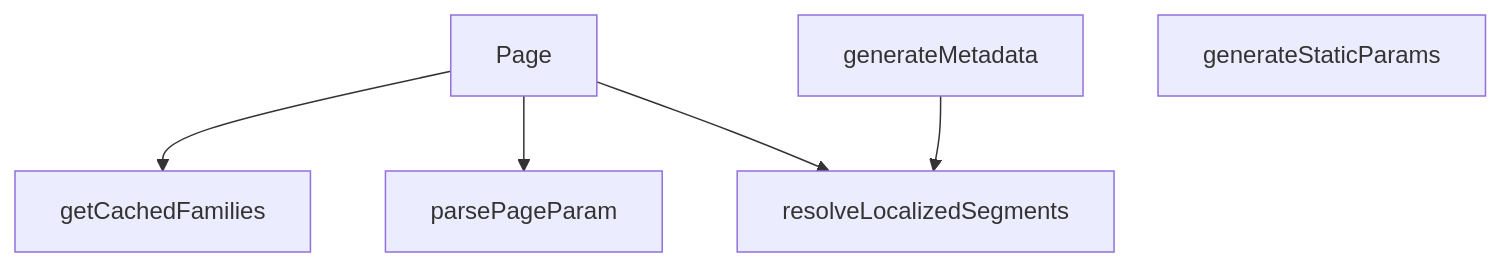
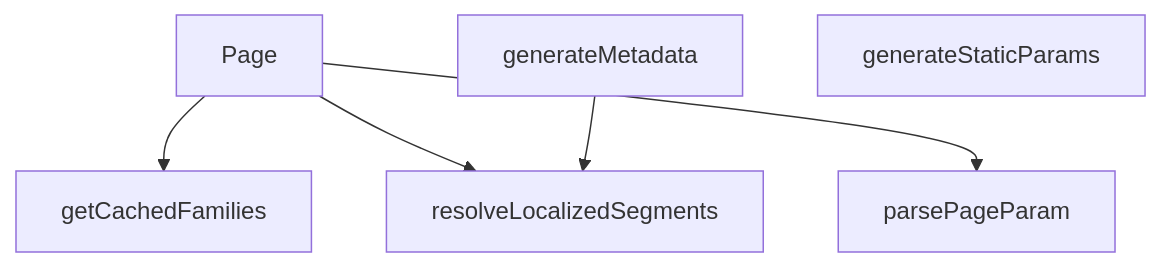
Before and after one commit to peckop/venthub-hvac-esite: the diagram in src/app/[lang]/category/[categorySlug]/[subCategorySlug]/page.md, drawn with Mermaid. The commit also changed other lines of this file and 134 other files, not shown here.

````diff
--- a/src/app/[lang]/category/[categorySlug]/[subCategorySlug]/page.md
+++ b/src/app/[lang]/category/[categorySlug]/[subCategorySlug]/page.md
@@ -193,13 +193,13 @@
 ```mermaid
 graph TD
     page_tsx__Page["Page"]
     page_tsx__generateMetadata["generateMetadata"]
     page_tsx__generateStaticParams["generateStaticParams"]
     page_tsx__getCachedFamilies["getCachedFamilies"]
     page_tsx__parsePageParam["parsePageParam"]
     page_tsx__resolveLocalizedSegments["resolveLocalizedSegments"]
+    page_tsx__Page --> page_tsx__getCachedFamilies
+    page_tsx__Page --> page_tsx__resolveLocalizedSegments
     page_tsx__generateMetadata --> page_tsx__resolveLocalizedSegments
-    page_tsx__Page --> page_tsx__getCachedFamilies
     page_tsx__Page --> page_tsx__parsePageParam
-    page_tsx__Page --> page_tsx__resolveLocalizedSegments
 ```
````
